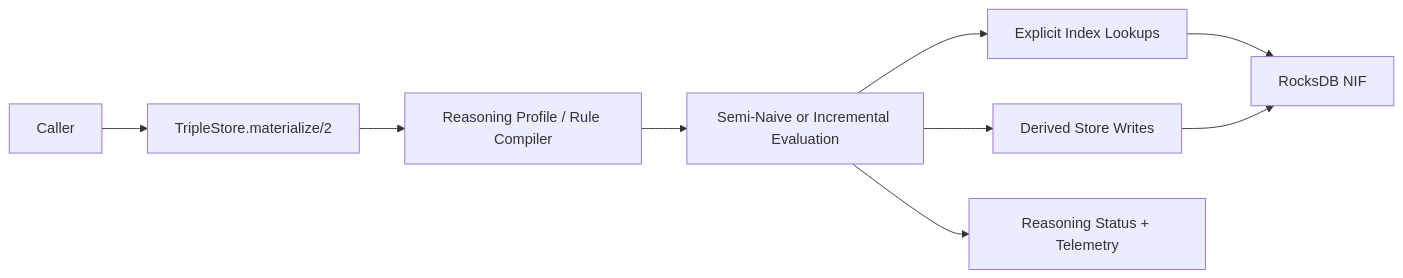
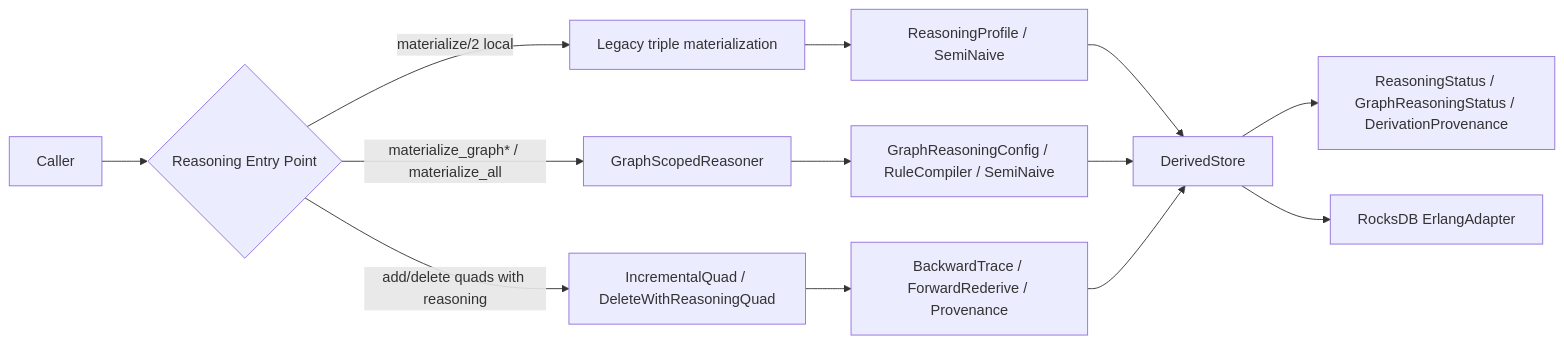
One commit to pcharbon70/triple_store changed the fourth of 4 diagrams in specs/topology.md. Above: the diagram before and after it, drawn with Mermaid. The commit also changed other lines of this file and 25 other files, not shown here.

Commit message:
Backfill specs from current architecture

````diff
--- a/specs/topology.md
+++ b/specs/topology.md
@@ -109,11 +134,17 @@
 ```mermaid
 flowchart LR
-  A["Caller"] --> B["TripleStore.materialize/2"]
-  B --> C["Reasoning Profile / Rule Compiler"]
-  C --> D["Semi-Naive or Incremental Evaluation"]
-  D --> E["Explicit Index Lookups"]
-  D --> F["Derived Store Writes"]
-  E --> G["RocksDB NIF"]
-  F --> G
-  D --> H["Reasoning Status + Telemetry"]
+  A["Caller"] --> B{"Reasoning Entry Point"}
+  B -->|materialize/2 local| C["Legacy triple materialization"]
+  B -->|materialize_graph* / materialize_all| D["GraphScopedReasoner"]
+  B -->|add/delete quads with reasoning| E["IncrementalQuad / DeleteWithReasoningQuad"]
+
+  C --> F["ReasoningProfile / SemiNaive"]
+  D --> G["GraphReasoningConfig / RuleCompiler / SemiNaive"]
+  E --> H["BackwardTrace / ForwardRederive / Provenance"]
+
+  F --> I["DerivedStore"]
+  G --> I
+  H --> I
+  I --> J["ReasoningStatus / GraphReasoningStatus / DerivationProvenance"]
+  I --> K["RocksDB ErlangAdapter"]
 ```
````
